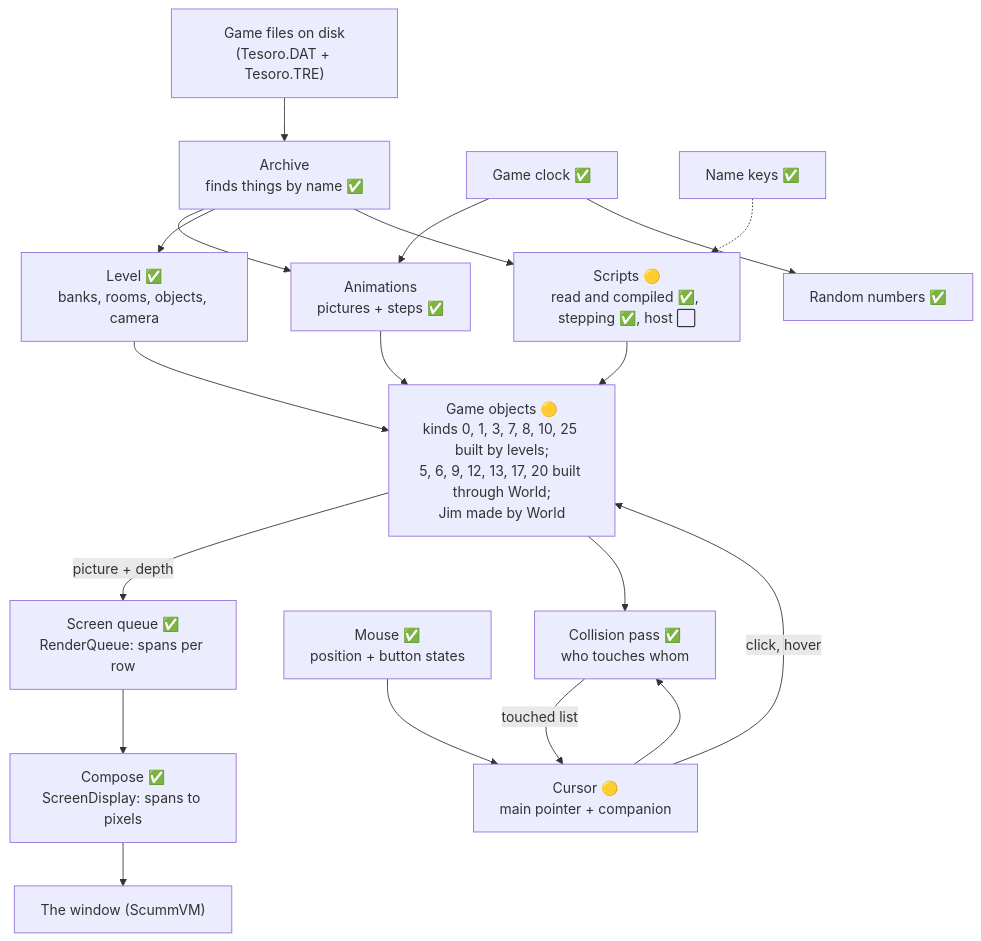
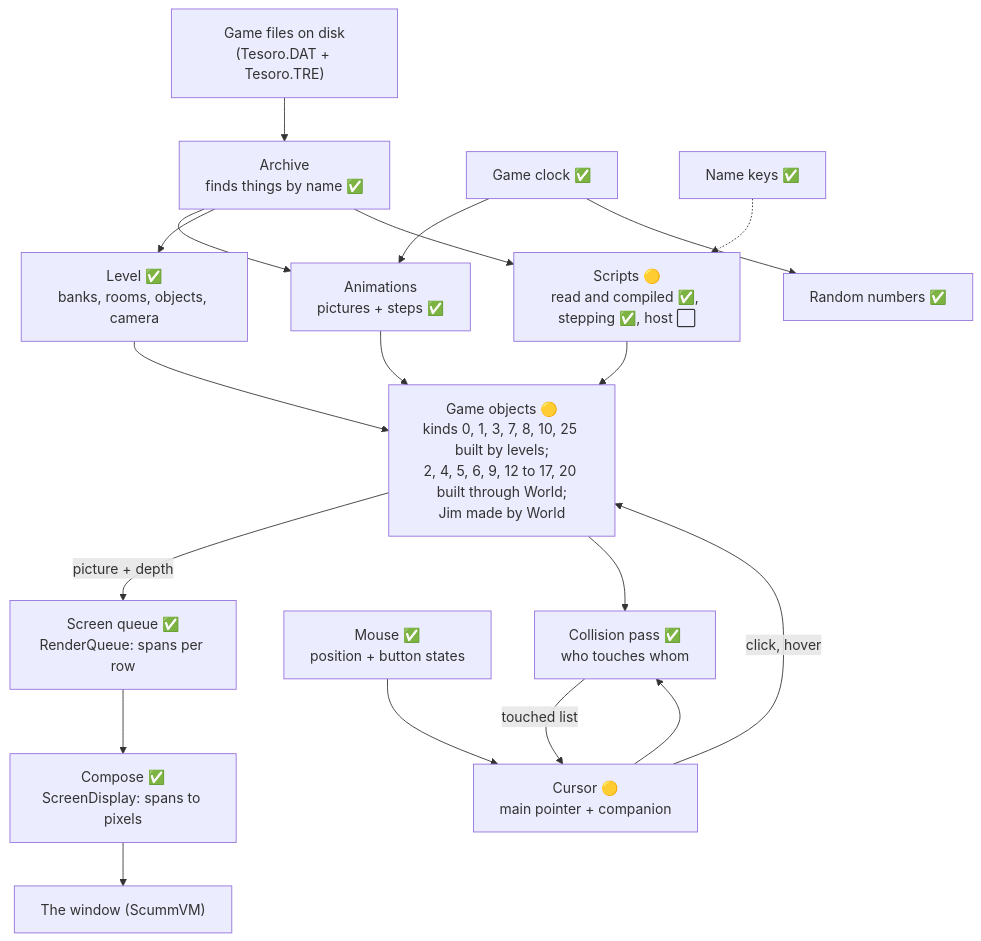
One commit to kelmer44/tesoro-stuff changed the first of 8 diagrams in re/SUBSYSTEMS.md. Above: the diagram before and after it, drawn with Mermaid. The commit also changed other lines of this file and 22 other files, not shown here.

````diff
--- a/re/SUBSYSTEMS.md
+++ b/re/SUBSYSTEMS.md
@@ -17,21 +17,21 @@
 ```mermaid
 flowchart TD
     Disk["Game files on disk<br/>(Tesoro.DAT + Tesoro.TRE)"] --> Archive["Archive<br/>finds things by name ✅"]
     Archive --> Anim["Animations<br/>pictures + steps ✅"]
     Archive --> Level["Level ✅<br/>banks, rooms, objects, camera"]
     Clock["Game clock ✅"] --> Anim
-    Anim --> Objects["Game objects 🟡<br/>kinds 0, 1, 3, 7, 8, 10, 25 built by levels;<br/>5, 6, 9, 12, 13, 17, 20 built through World;<br/>Jim made by World"]
+    Anim --> Objects["Game objects 🟡<br/>kinds 0, 1, 3, 7, 8, 10, 25 built by levels;<br/>2, 4, 5, 6, 9, 12 to 17, 20 built through World;<br/>Jim made by World"]
     Level --> Objects
     Objects -->|"picture + depth"| Queue["Screen queue ✅<br/>RenderQueue: spans per row"]
     Queue --> Compose["Compose ✅<br/>ScreenDisplay: spans to pixels"]
     Compose --> Window["The window (ScummVM)"]
     Mouse["Mouse ✅<br/>position + button states"] --> Cursor["Cursor 🟡<br/>main pointer + companion"]
     Cursor --> Collide["Collision pass ✅<br/>who touches whom"]
     Objects --> Collide
     Collide -->|"touched list"| Cursor
     Cursor -->|"click, hover"| Objects
     Clock --> Random["Random numbers ✅"]
     Names["Name keys ✅"] -.-> Scripts["Scripts 🟡<br/>read and compiled ✅, stepping ✅, host ⬜"]
     Archive --> Scripts
     Scripts --> Objects
 ```
````
